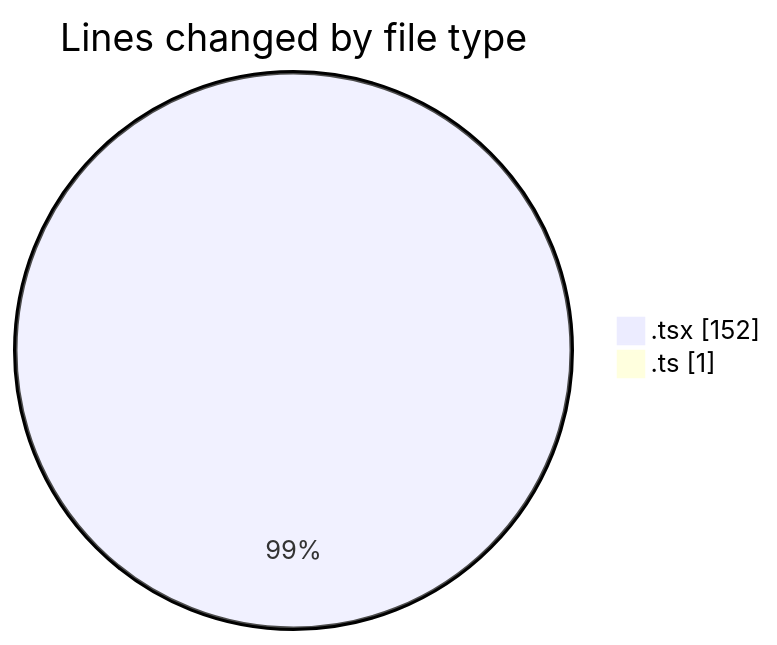
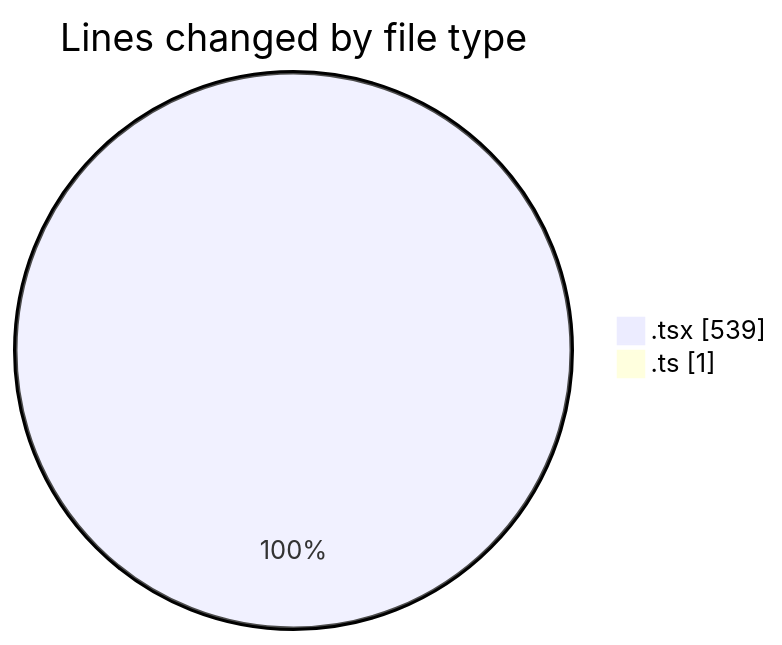
Before and after one commit to robertbonfada/code-tracking: the first of 2 diagrams in 2025-03-08/mbc-web/README.md, drawn with Mermaid. The commit also changed other lines of this file and 1 other file, not shown here.

````diff
--- a/2025-03-08/mbc-web/README.md
+++ b/2025-03-08/mbc-web/README.md
@@ -23,6 +24,6 @@
 ```mermaid
 pie showData
 title Lines changed by file type
-".tsx" : 152
+".tsx" : 539
 ".ts" : 1
 ```
````
